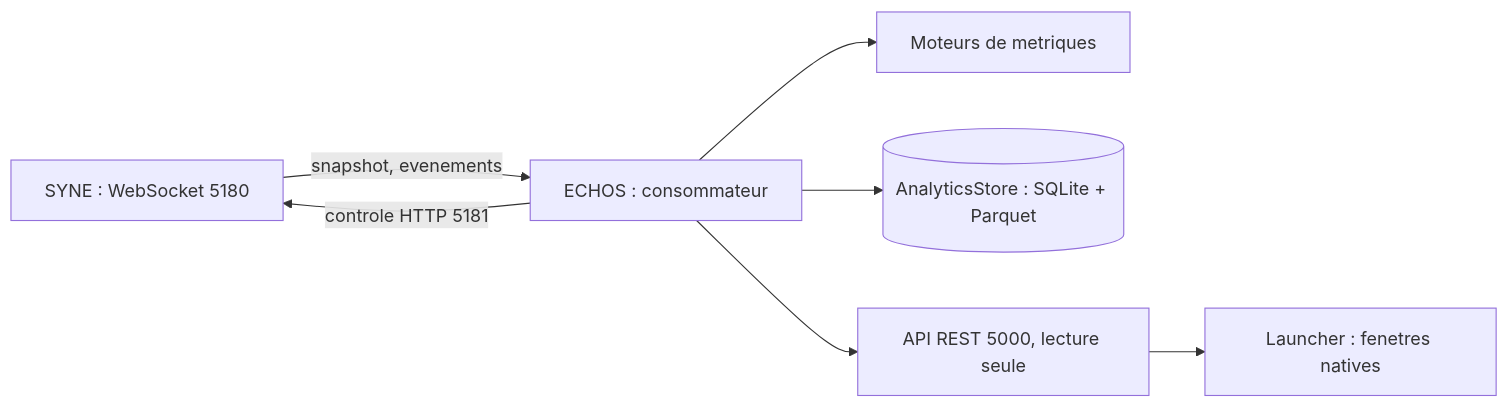
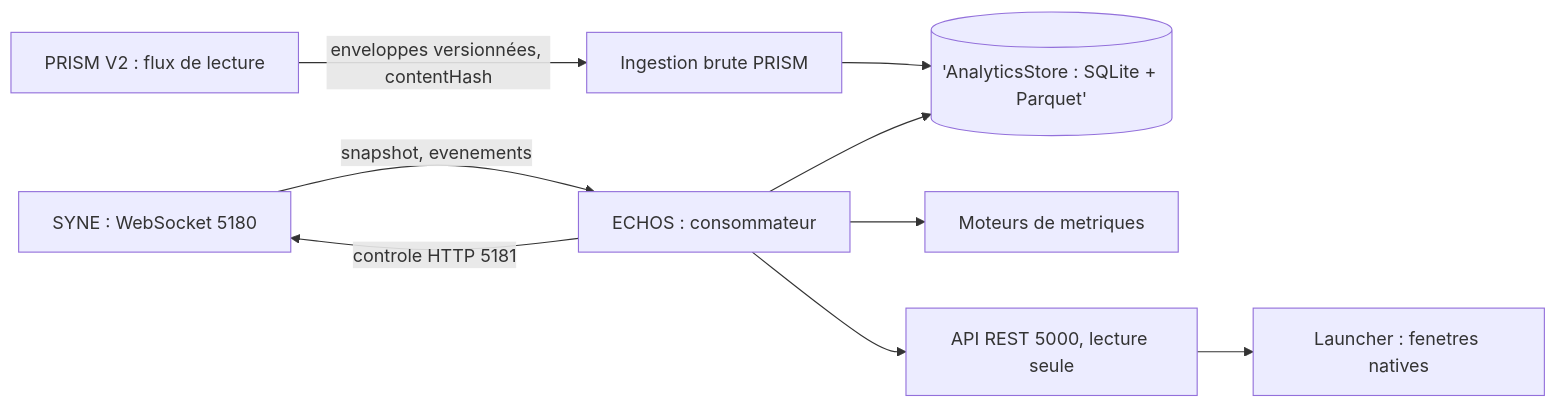
Before and after one commit to donovan-dev-web/LIVEX: the first of 2 diagrams in docs/monographie/06-echos/01-architecture.md, drawn with Mermaid. The commit also changed other lines of this file and 61 other files, not shown here.

````diff
--- a/docs/monographie/06-echos/01-architecture.md
+++ b/docs/monographie/06-echos/01-architecture.md
@@ -23,9 +29,11 @@
 ```mermaid
 flowchart LR
     S["SYNE : WebSocket 5180"] -->|"snapshot, evenements"| E["ECHOS : consommateur"]
+    P["PRISM V2 : flux de lecture"] -->|"enveloppes versionnées, contentHash"| R["Ingestion brute PRISM"]
+    R --> DB[('AnalyticsStore : SQLite + Parquet')]
     E -->|"controle HTTP 5181"| S
     E --> M["Moteurs de metriques"]
-    E --> DB[("AnalyticsStore : SQLite + Parquet")]
+    E --> DB
     E --> API["API REST 5000, lecture seule"]
     API --> L["Launcher : fenetres natives"]
 ```
````
